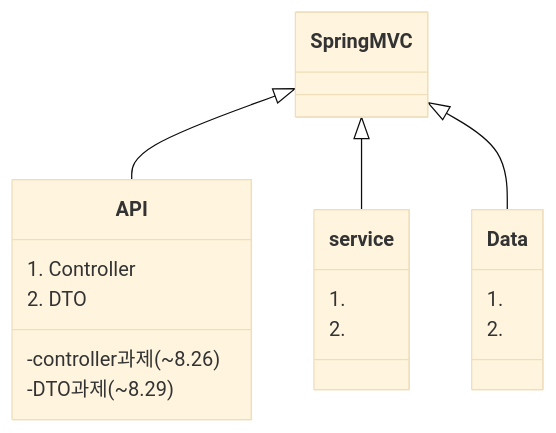
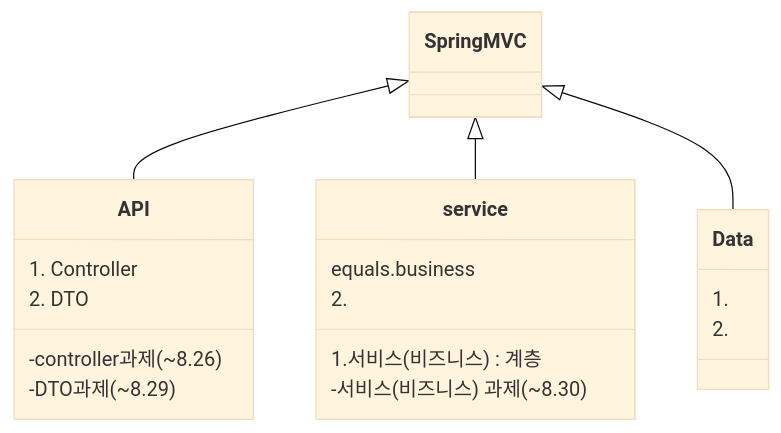
Before and after one commit to appstew/appstew.github.io: the diagram in _posts/new_start/2022-08-21-SpringMVC.API.Controller.md, drawn with Mermaid (base theme). The commit also changed other lines of this file and 1 other file, not shown here.

````diff
--- a/_posts/new_start/2022-08-21-SpringMVC.API.Controller.md
+++ b/_posts/new_start/2022-08-21-SpringMVC.API.Controller.md
@@ -70,28 +35,30 @@
 ```mermaid
 classDiagram
     Spring MVC <|-- API
     Spring MVC <|-- service
     Spring MVC <|-- Data
     %% Spring MVC : +int age
     %% Spring MVC : +String gender
     %% Spring MVC: +isMammal()
     %% Spring MVC: +mate()
     class API{
       1. Controller
       2. DTO
       -controller과제(~8.26)
       -DTO과제(~8.29)
     }
     class service{
-      1.
+      equals.business
+      1.서비스(비즈니스)계층
       2.
+      -서비스(비즈니스) 과제(~8.30)
     }
     class Data{
       1.
       2.
     }
 click API href "https://google.com"
 click c href ".#spring-아키텍처"
 click D href "./#controller"
 click e href "./"
 ```
````
